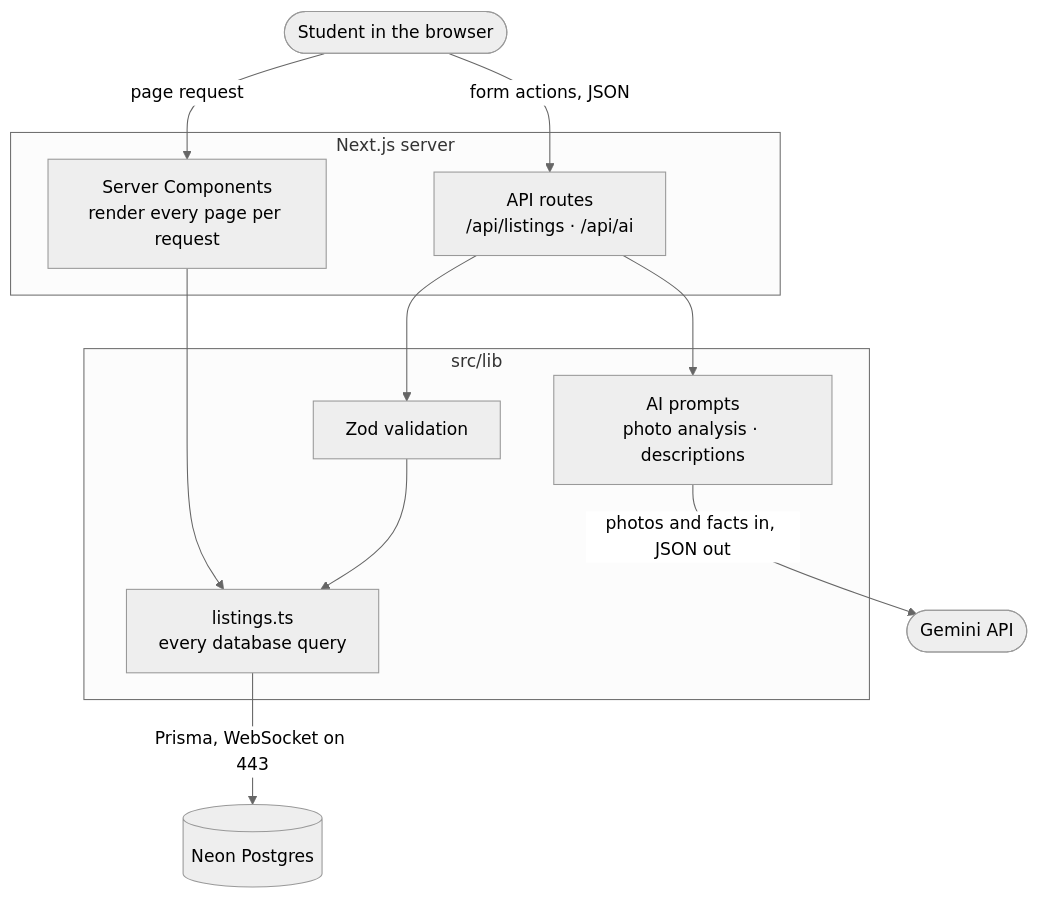
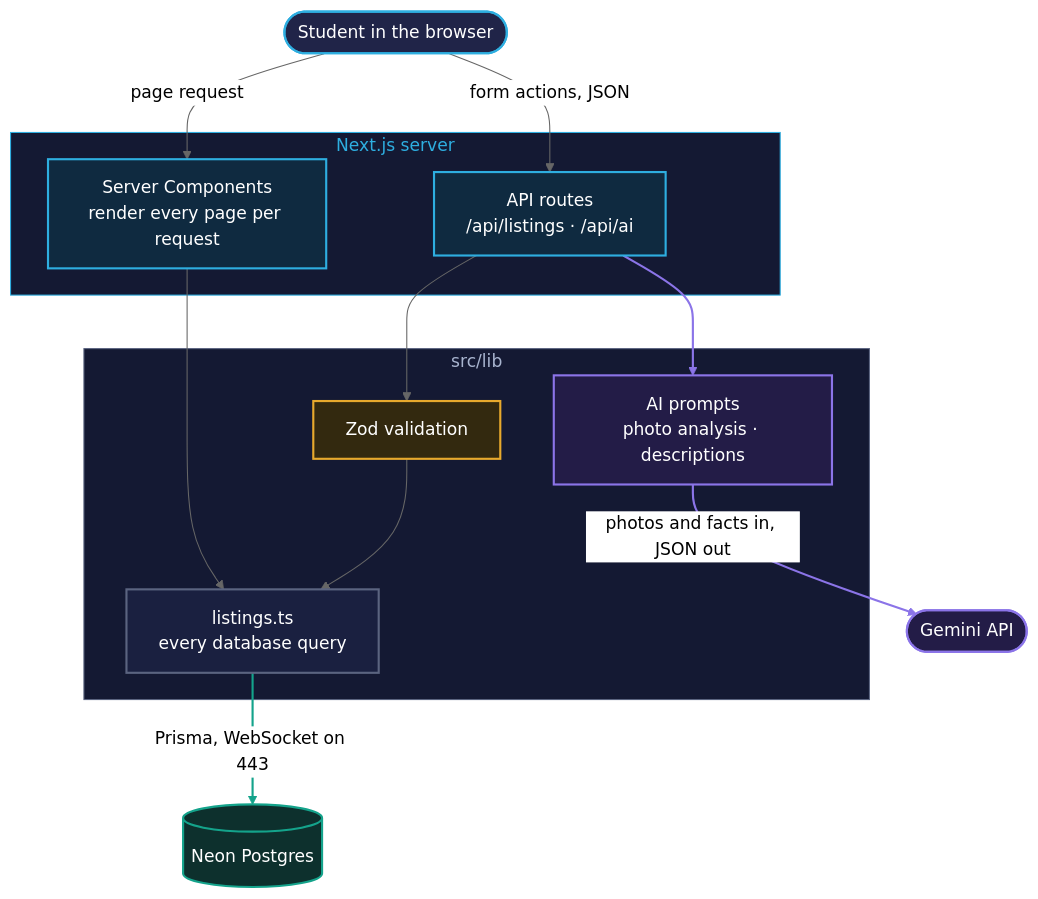
The diagram in README.md (ASRIDK/student-housing-marketplace), drawn with Mermaid (neutral theme) before and after one commit.

Commit message:
docs: colour the architecture diagram by layer
Match the palette of documentation/architecture.html: sky for the
Next.js server, gold for validation, teal for the database, violet for
the AI path.

````diff
--- a/README.md
+++ b/README.md
@@ -76,26 +76,46 @@
 ```mermaid
 flowchart TD
     student(["Student in the browser"])
 
     subgraph next["Next.js server"]
         pages["Server Components<br/>render every page per request"]
         api["API routes<br/>/api/listings · /api/ai"]
     end
 
     subgraph lib["src/lib"]
         schema["Zod validation"]
         listings["listings.ts<br/>every database query"]
         ai["AI prompts<br/>photo analysis · descriptions"]
     end
 
     db[("Neon Postgres")]
     gemini(["Gemini API"])
 
     student -- "page request" --> pages
     student -- "form actions, JSON" --> api
     pages --> listings
     api --> schema --> listings
     api --> ai
     listings -- "Prisma, WebSocket on 443" --> db
     ai -- "photos and facts in, JSON out" --> gemini
+
+    classDef user fill:#202448,stroke:#2eaee0,stroke-width:2px,color:#ffffff
+    classDef server fill:#0f2a40,stroke:#2eaee0,stroke-width:2px,color:#ffffff
+    classDef check fill:#33290f,stroke:#e7a92d,stroke-width:2px,color:#ffffff
+    classDef code fill:#1a2040,stroke:#5b6480,stroke-width:2px,color:#ffffff
+    classDef data fill:#0d302d,stroke:#14a38b,stroke-width:2px,color:#ffffff
+    classDef ai fill:#231c47,stroke:#8b74e8,stroke-width:2px,color:#ffffff
+
+    class student user
+    class pages,api server
+    class schema check
+    class listings code
+    class db data
+    class ai,gemini ai
+
+    style next fill:#141933,stroke:#2eaee0,color:#2eaee0
+    style lib fill:#141933,stroke:#5b6480,color:#a8b4cf
+
+    linkStyle 6 stroke:#14a38b,stroke-width:2px
+    linkStyle 5,7 stroke:#8b74e8,stroke-width:2px
 ```
````
